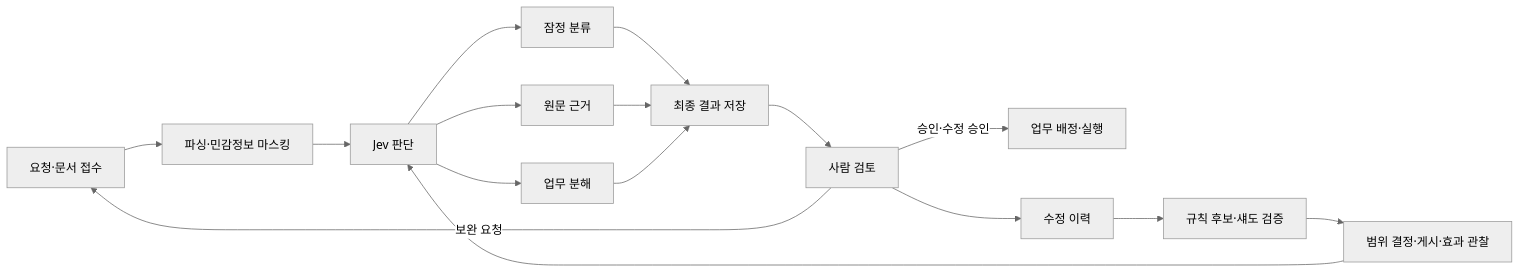
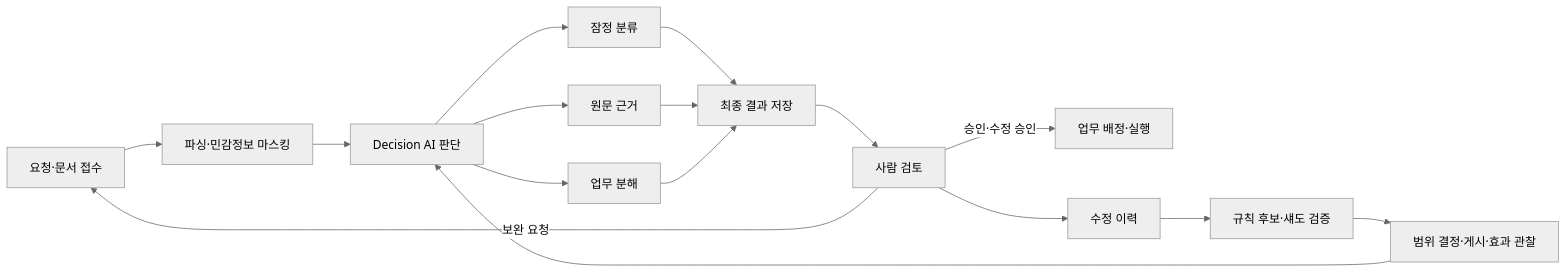
One commit to sangwookp9591/decision-chat-bot changed the first of 2 diagrams in README.md. Above: the diagram before and after it, drawn with Mermaid (neutral theme). The commit also changed other lines of this file and 429 other files, not shown here.

````diff
--- a/README.md
+++ b/README.md
@@ -70,18 +70,18 @@
 ```mermaid
 flowchart LR
     A["요청·문서 접수"] --> B["파싱·민감정보 마스킹"]
-    B --> C["Jev 판단"]
+    B --> C["Decision AI 판단"]
     C --> P["잠정 분류"]
     C --> E["원문 근거"]
     C --> D["업무 분해"]
     P --> F["최종 결과 저장"]
     E --> F
     D --> F
     F --> R["사람 검토"]
     R -->|"승인·수정 승인"| T["업무 배정·실행"]
     R -->|"보완 요청"| A
     R --> H["수정 이력"]
     H --> L["규칙 후보·섀도 검증"]
     L --> V["범위 결정·게시·효과 관찰"]
     V --> C
 ```
````
